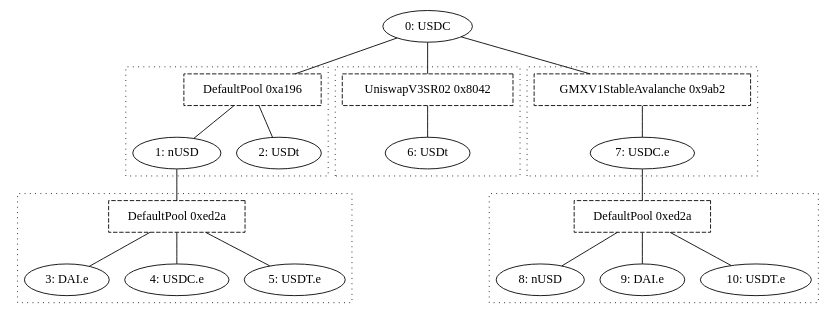
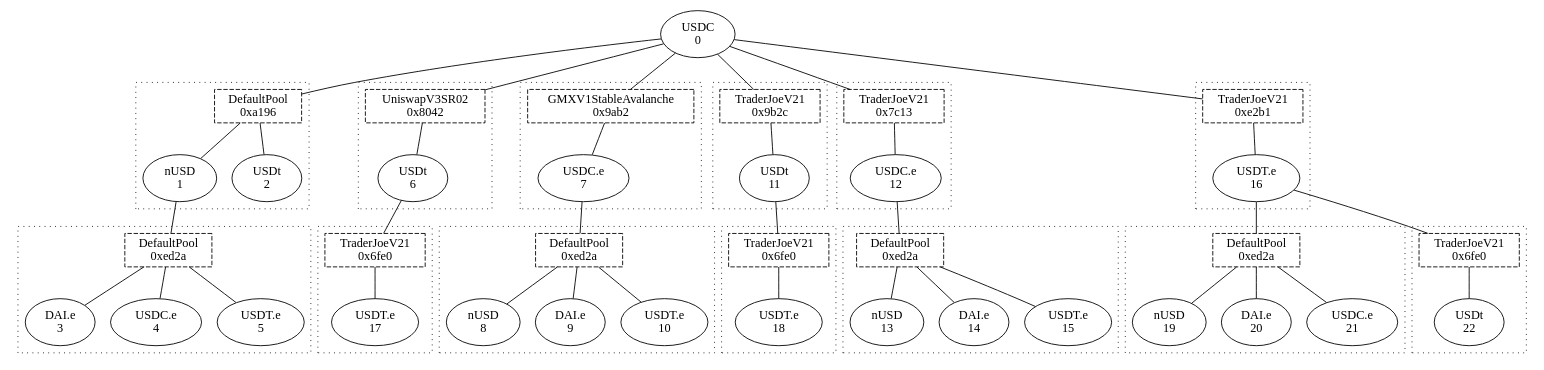
The diagram in script/configs/avalanche/LinkedPool.CCTP.USDC.dot (synapsecns/synapse-contracts), drawn with Graphviz before and after one commit. The commit also changed 19 other files, not shown here.

First line of the commit message:
Linked pools for usdc: deploy on Mainnet, adjust on Avalanche (#308)

```diff
--- a/script/configs/avalanche/LinkedPool.CCTP.USDC.dot
+++ b/script/configs/avalanche/LinkedPool.CCTP.USDC.dot
@@ -1,75 +1,181 @@
 graph G {
-    token0 [label = "0: USDC";];
-    token1 [label = "1: nUSD";];
-    token2 [label = "2: USDt";];
-    token3 [label = "3: DAI.e";];
-    token4 [label = "4: USDC.e";];
-    token5 [label = "5: USDT.e";];
-    token6 [label = "6: USDt";];
-    token7 [label = "7: USDC.e";];
-    token8 [label = "8: nUSD";];
-    token9 [label = "9: DAI.e";];
-    token10 [label = "10: USDT.e";];
-    pool0 [label = "DefaultPool 0xa196";shape = rect;style = dashed;];
+    token0 [label = "USDC\n0";];
+    token1 [label = "nUSD\n1";];
+    token2 [label = "USDt\n2";];
+    token3 [label = "DAI.e\n3";];
+    token4 [label = "USDC.e\n4";];
+    token5 [label = "USDT.e\n5";];
+    token6 [label = "USDt\n6";];
+    token7 [label = "USDC.e\n7";];
+    token8 [label = "nUSD\n8";];
+    token9 [label = "DAI.e\n9";];
+    token10 [label = "USDT.e\n10";];
+    token11 [label = "USDt\n11";];
+    token12 [label = "USDC.e\n12";];
+    token13 [label = "nUSD\n13";];
+    token14 [label = "DAI.e\n14";];
+    token15 [label = "USDT.e\n15";];
+    token16 [label = "USDT.e\n16";];
+    token17 [label = "USDT.e\n17";];
+    token18 [label = "USDT.e\n18";];
+    token19 [label = "nUSD\n19";];
+    token20 [label = "DAI.e\n20";];
+    token21 [label = "USDC.e\n21";];
+    token22 [label = "USDt\n22";];
+    pool0 [label = "DefaultPool\n0xa196";shape = rect;style = dashed;];
     token0 -- pool0;
     subgraph cluster0 {
         style = dotted;
         pool0 -- token1;
         pool0 -- token2;
         subgraph {
             rank = same;
             edge [style = invis;];
             token1 -- token2;
         }
     }
-    pool1 [label = "DefaultPool 0xed2a";shape = rect;style = dashed;];
+    pool1 [label = "DefaultPool\n0xed2a";shape = rect;style = dashed;];
     token1 -- pool1;
     subgraph cluster1 {
         style = dotted;
         pool1 -- token3;
         pool1 -- token4;
         pool1 -- token5;
         subgraph {
             rank = same;
             edge [style = invis;];
             token3 -- token4;
             token4 -- token5;
         }
     }
-    pool2 [label = "UniswapV3SR02 0x8042";shape = rect;style = dashed;];
+    pool2 [label = "UniswapV3SR02\n0x8042";shape = rect;style = dashed;];
     token0 -- pool2;
     subgraph cluster2 {
         style = dotted;
         pool2 -- token6;
         subgraph {
             rank = same;
             edge [style = invis;];
             token6;
         }
     }
-    pool3 [label = "GMXV1StableAvalanche 0x9ab2";shape = rect;style = dashed;];
+    pool3 [label = "GMXV1StableAvalanche\n0x9ab2";shape = rect;style = dashed;];
     token0 -- pool3;
     subgraph cluster3 {
         style = dotted;
         pool3 -- token7;
         subgraph {
             rank = same;
             edge [style = invis;];
             token7;
         }
     }
-    pool4 [label = "DefaultPool 0xed2a";shape = rect;style = dashed;];
+    pool4 [label = "DefaultPool\n0xed2a";shape = rect;style = dashed;];
     token7 -- pool4;
     subgraph cluster4 {
         style = dotted;
         pool4 -- token8;
         pool4 -- token9;
         pool4 -- token10;
         subgraph {
             rank = same;
             edge [style = invis;];
             token8 -- token9;
             token9 -- token10;
         }
     }
+    pool5 [label = "TraderJoeV21\n0x9b2c";shape = rect;style = dashed;];
+    token0 -- pool5;
+    subgraph cluster5 {
+        style = dotted;
+        pool5 -- token11;
+        subgraph {
+            rank = same;
+            edge [style = invis;];
+            token11;
+        }
+    }
+    pool6 [label = "TraderJoeV21\n0x7c13";shape = rect;style = dashed;];
+    token0 -- pool6;
+    subgraph cluster6 {
+        style = dotted;
+        pool6 -- token12;
+        subgraph {
+            rank = same;
+            edge [style = invis;];
+            token12;
+        }
+    }
+    pool7 [label = "DefaultPool\n0xed2a";shape = rect;style = dashed;];
+    token12 -- pool7;
+    subgraph cluster7 {
+        style = dotted;
+        pool7 -- token13;
+        pool7 -- token14;
+        pool7 -- token15;
+        subgraph {
+            rank = same;
+            edge [style = invis;];
+            token13 -- token14;
+            token14 -- token15;
+        }
+    }
+    pool8 [label = "TraderJoeV21\n0xe2b1";shape = rect;style = dashed;];
+    token0 -- pool8;
+    subgraph cluster8 {
+        style = dotted;
+        pool8 -- token16;
+        subgraph {
+            rank = same;
+            edge [style = invis;];
+            token16;
+        }
+    }
+    pool9 [label = "TraderJoeV21\n0x6fe0";shape = rect;style = dashed;];
+    token6 -- pool9;
+    subgraph cluster9 {
+        style = dotted;
+        pool9 -- token17;
+        subgraph {
+            rank = same;
+            edge [style = invis;];
+            token17;
+        }
+    }
+    pool10 [label = "TraderJoeV21\n0x6fe0";shape = rect;style = dashed;];
+    token11 -- pool10;
+    subgraph cluster10 {
+        style = dotted;
+        pool10 -- token18;
+        subgraph {
+            rank = same;
+            edge [style = invis;];
+            token18;
+        }
+    }
+    pool11 [label = "DefaultPool\n0xed2a";shape = rect;style = dashed;];
+    token16 -- pool11;
+    subgraph cluster11 {
+        style = dotted;
+        pool11 -- token19;
+        pool11 -- token20;
+        pool11 -- token21;
+        subgraph {
+            rank = same;
+            edge [style = invis;];
+            token19 -- token20;
+            token20 -- token21;
+        }
+    }
+    pool12 [label = "TraderJoeV21\n0x6fe0";shape = rect;style = dashed;];
+    token16 -- pool12;
+    subgraph cluster12 {
+        style = dotted;
+        pool12 -- token22;
+        subgraph {
+            rank = same;
+            edge [style = invis;];
+            token22;
+        }
+    }
 }
```
